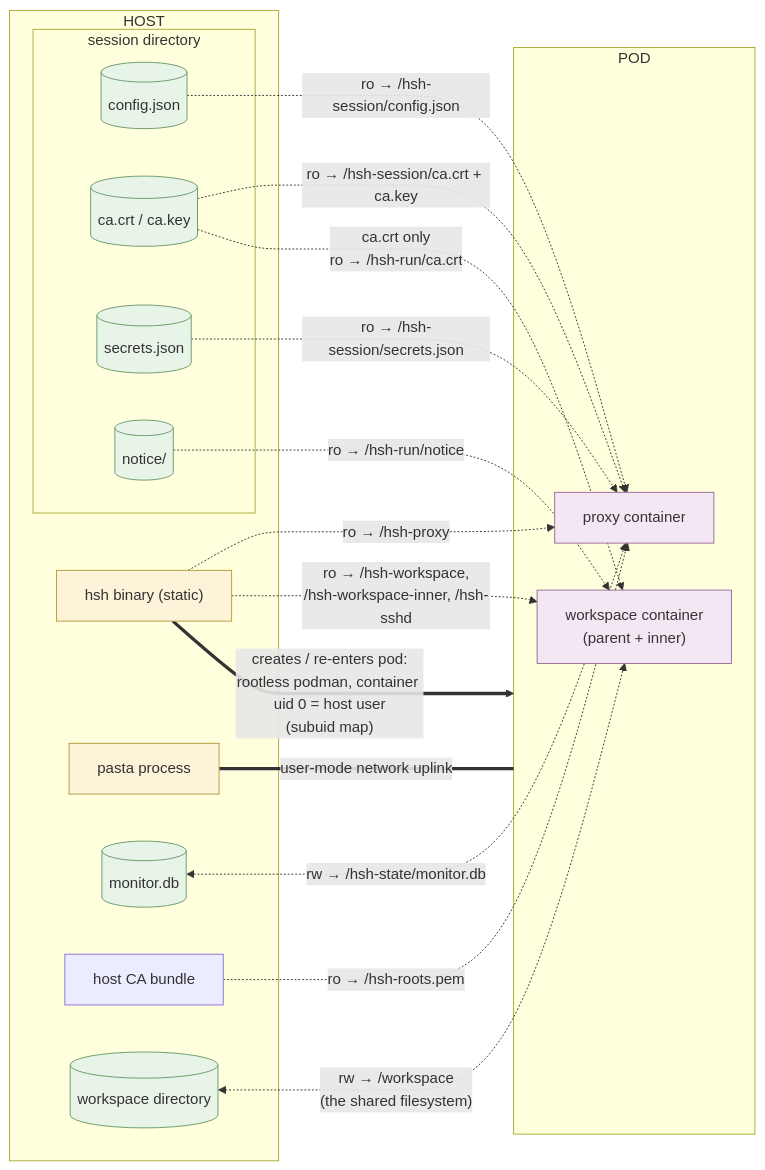
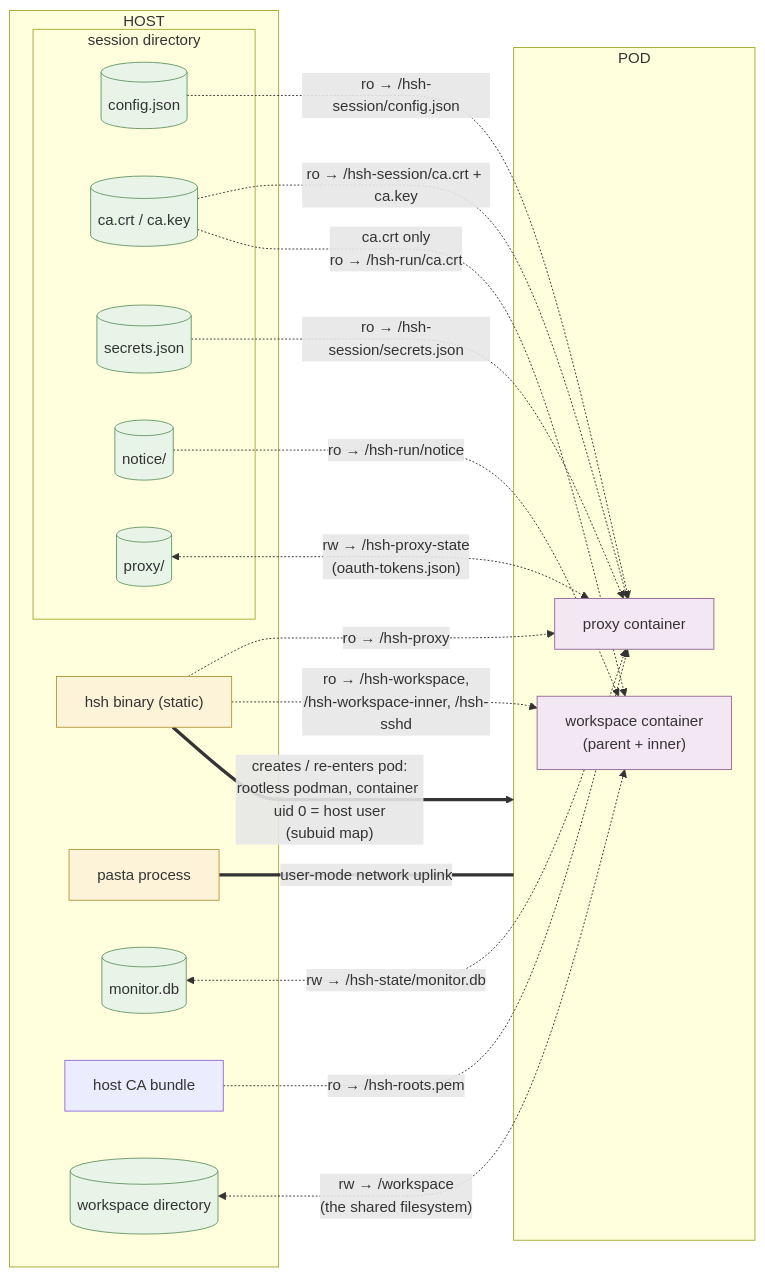
One commit to philips/hsh changed the third of 3 diagrams in internal-docs/architecture.md. Above: the diagram before and after it, drawn with Mermaid. The commit also changed other lines of this file and 3 other files, not shown here.

````diff
--- a/internal-docs/architecture.md
+++ b/internal-docs/architecture.md
@@ -114,43 +117,45 @@
 ```mermaid
 flowchart LR
     classDef proc fill:#fdf3d8,stroke:#b59b3e
     classDef file fill:#e7f4e7,stroke:#6a9a6a
     classDef ctr fill:#f3e7f4,stroke:#9a6a9a
 
     subgraph HOST["HOST"]
         hshbin["hsh binary (static)"]
         pasta["pasta process"]
         subgraph SESDIR["session directory"]
             cfgcopy[("config.json")]
             cafiles[("ca.crt / ca.key")]
             secretsjson[("secrets.json")]
             noticedir[("notice/")]
+            proxydir[("proxy/")]
         end
         monitordb[("monitor.db")]
         caBundle["host CA bundle"]
         wsdir[("workspace directory")]
     end
 
     subgraph POD["POD"]
         PROXY["proxy container"]
         WSC["workspace container<br/>(parent + inner)"]
     end
 
     hshbin -.->|"ro → /hsh-proxy"| PROXY
     hshbin -.->|"ro → /hsh-workspace,<br/>/hsh-workspace-inner, /hsh-sshd"| WSC
     cfgcopy -.->|"ro → /hsh-session/config.json"| PROXY
     secretsjson -.->|"ro → /hsh-session/secrets.json"| PROXY
     cafiles -.->|"ro → /hsh-session/ca.crt + ca.key"| PROXY
     caBundle -.->|"ro → /hsh-roots.pem"| PROXY
     monitordb <-.->|"rw → /hsh-state/monitor.db"| PROXY
+    proxydir <-.->|"rw → /hsh-proxy-state<br/>(oauth-tokens.json)"| PROXY
     cafiles -.->|"ca.crt only<br/>ro → /hsh-run/ca.crt"| WSC
     noticedir -.->|"ro → /hsh-run/notice"| WSC
     wsdir <-.->|"rw → /workspace<br/>(the shared filesystem)"| WSC
     pasta ===|"user-mode network uplink"| POD
 
     hshbin ==>|"creates / re-enters pod:<br/>rootless podman, container uid 0 = host user<br/>(subuid map)"| POD
 
     class hshbin,pasta proc
-    class cfgcopy,cafiles,secretsjson,noticedir,monitordb,wsdir file
+    class cfgcopy,cafiles,secretsjson,noticedir,proxydir,monitordb,wsdir file
     class PROXY,WSC ctr
 ```
````
